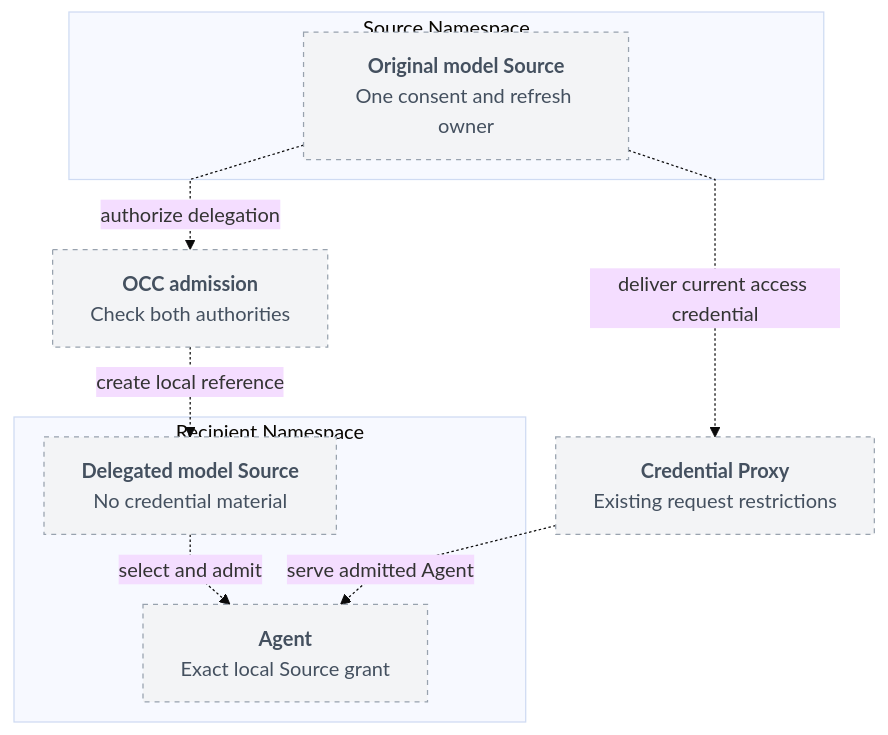
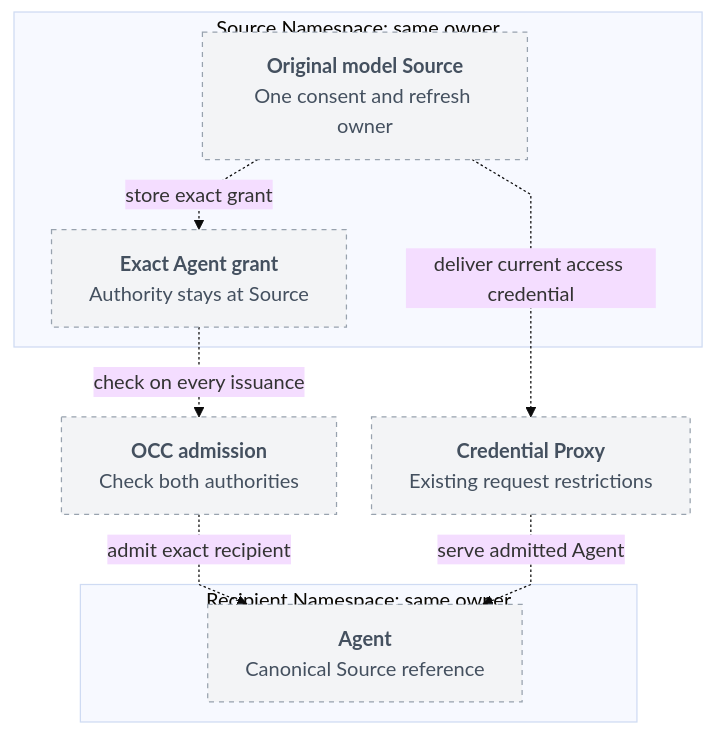
Before and after one commit to openclaw/openclaw-enterprise: the diagram in specs/rfcs/20261127-cross-namespace-model-credentials.md, drawn with Mermaid. The commit also changed other lines of this file and 1 other file, not shown here.

Commit message:
docs(rfc): scope model delegation to exact same-owner agent grants

````diff
--- a/specs/rfcs/20261127-cross-namespace-model-credentials.md
+++ b/specs/rfcs/20261127-cross-namespace-model-credentials.md
@@ -80,28 +94,28 @@
 ```mermaid
 ---
 config:
   theme: base
   htmlLabels: true
   flowchart:
     curve: linear
     nodeSpacing: 28
     rankSpacing: 32
 ---
 flowchart TB
-  subgraph Owner["Source Namespace"]
+  subgraph Owner["Source Namespace: same owner"]
     Source["<b>Original model Source</b><br/>One consent and refresh owner"]
+    Grant["<b>Exact Agent grant</b><br/>Authority stays at Source"]
   end
   OCC["<b>OCC admission</b><br/>Check both authorities"]
-  subgraph Recipient["Recipient Namespace"]
-    Local["<b>Delegated model Source</b><br/>No credential material"]
-    Agent["<b>Agent</b><br/>Exact local Source grant"]
+  subgraph Recipient["Recipient Namespace: same owner"]
+    Agent["<b>Agent</b><br/>Canonical Source reference"]
   end
   Proxy["<b>Credential Proxy</b><br/>Existing request restrictions"]
-  Source -.->|authorize delegation| OCC
-  OCC -.->|create local reference| Local
-  Local -.->|select and admit| Agent
+  Source -.->|store exact grant| Grant
+  Grant -.->|check on every issuance| OCC
+  OCC -.->|admit exact recipient| Agent
   Source -.->|deliver current access credential| Proxy
   Proxy -.->|serve admitted Agent| Agent
   classDef pending fill:#F3F4F6,stroke:#98A2AE,color:#44505F,stroke-width:1px,stroke-dasharray:4 4
-  class Source,OCC,Local,Agent,Proxy pending
+  class Source,OCC,Grant,Agent,Proxy pending
 ```
````
